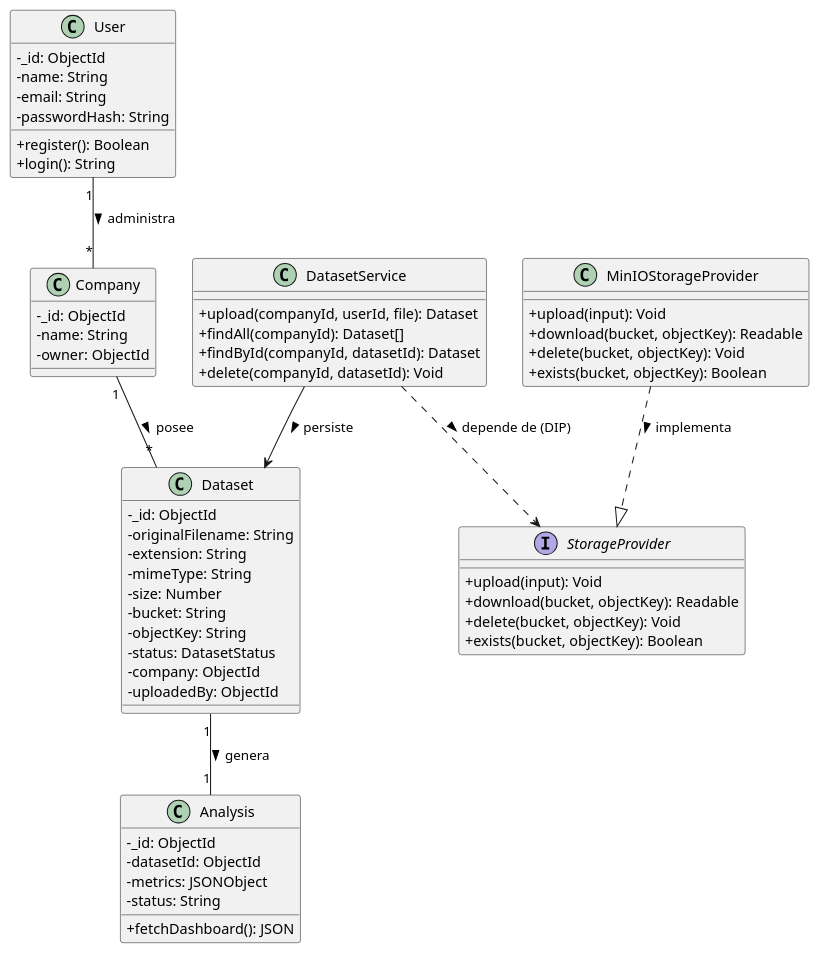
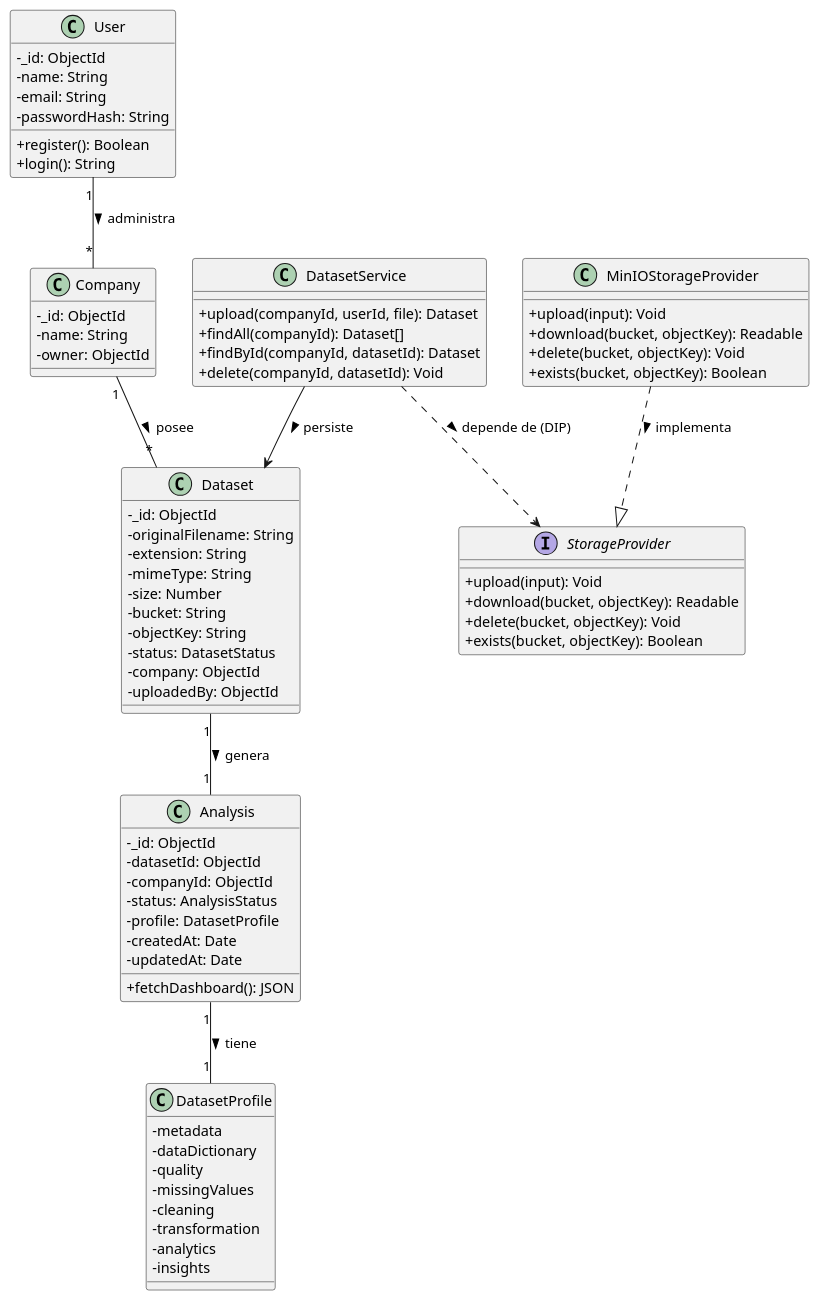
One commit to ezepurro/business-dashboard changed the second of 9 diagrams in docs/srs.md. Above: the diagram before and after it, drawn with PlantUML. The commit also changed other lines of this file and 9 other files, not shown here.

````diff
--- a/docs/srs.md
+++ b/docs/srs.md
@@ -149,9 +173,24 @@
 class Analysis {
     - _id: ObjectId
     - datasetId: ObjectId
-    - metrics: JSONObject
-    - status: String
+    - companyId: ObjectId
+    - status: AnalysisStatus
+    - profile: DatasetProfile
+    - createdAt: Date
+    - updatedAt: Date
+
     + fetchDashboard(): JSON
+}
+
+class DatasetProfile {
+    - metadata
+    - dataDictionary
+    - quality
+    - missingValues
+    - cleaning
+    - transformation
+    - analytics
+    - insights
 }
 
 interface StorageProvider {
@@ -181,5 +220,6 @@
 DatasetService ..> StorageProvider : depende de (DIP) >
 MinIOStorageProvider ..|> StorageProvider : implementa >
 DatasetService --> Dataset : persiste >
+Analysis "1" -- "1" DatasetProfile : tiene >
 @endum
 ```
````
